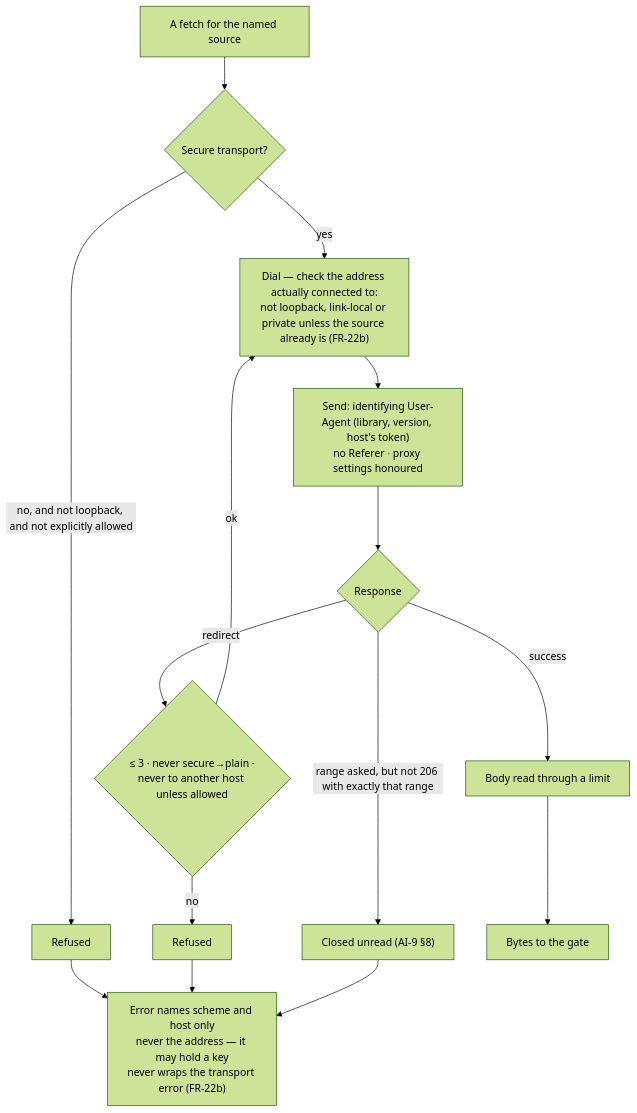
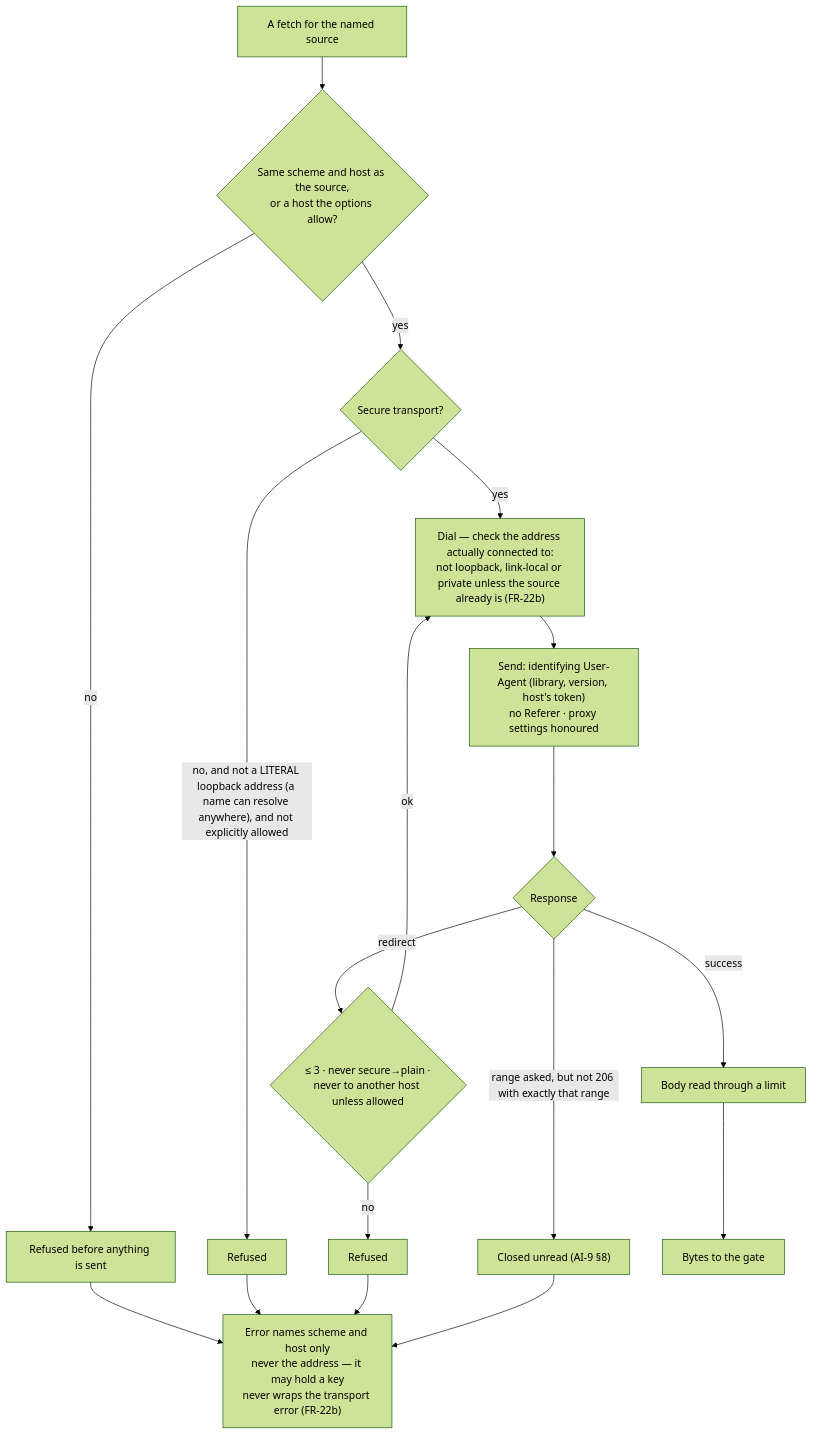
Before and after one commit to branden-thompson/go-tuimaps: the second of 3 diagrams in 06_docs/02_features/go-tuimaps/03-architecture-design/L2-tiles.md, drawn with Mermaid (forest theme). The commit also changed 8 other files, not shown here.

````diff
--- a/06_docs/02_features/go-tuimaps/03-architecture-design/L2-tiles.md
+++ b/06_docs/02_features/go-tuimaps/03-architecture-design/L2-tiles.md
@@ -45,15 +45,17 @@
 ```mermaid
 flowchart TB
-    REQ["A fetch for the named source"] --> T1{"Secure transport?"}
-    T1 -- "no, and not loopback, and not explicitly allowed" --> X1["Refused"]
+    REQ["A fetch for the named source"] --> SAME{"Same scheme and host as the source,<br/>or a host the options allow?"}
+    SAME -- no --> X0["Refused before anything is sent"]
+    SAME -- yes --> T1{"Secure transport?"}
+    T1 -- "no, and not a LITERAL loopback address (a name can resolve anywhere), and not explicitly allowed" --> X1["Refused"]
     T1 -- yes --> DIAL["Dial — check the address actually connected to:<br/>not loopback, link-local or private unless the source already is (FR-22b)"]
     DIAL --> SEND["Send: identifying User-Agent (library, version, host's token)<br/>no Referer · proxy settings honoured"]
     SEND --> RESP{"Response"}
     RESP -- "redirect" --> RD{"≤ 3 · never secure→plain ·<br/>never to another host unless allowed"}
     RD -- ok --> DIAL
     RD -- no --> X2["Refused"]
     RESP -- "range asked, but not 206 with exactly that range" --> X3["Closed unread (AI-9 §8)"]
     RESP -- "success" --> LIM["Body read through a limit"]
     LIM --> OUT["Bytes to the gate"]
-    X1 & X2 & X3 --> ERR["Error names scheme and host only<br/>never the address — it may hold a key<br/>never wraps the transport error (FR-22b)"]
+    X0 & X1 & X2 & X3 --> ERR["Error names scheme and host only<br/>never the address — it may hold a key<br/>never wraps the transport error (FR-22b)"]
 ```
````
